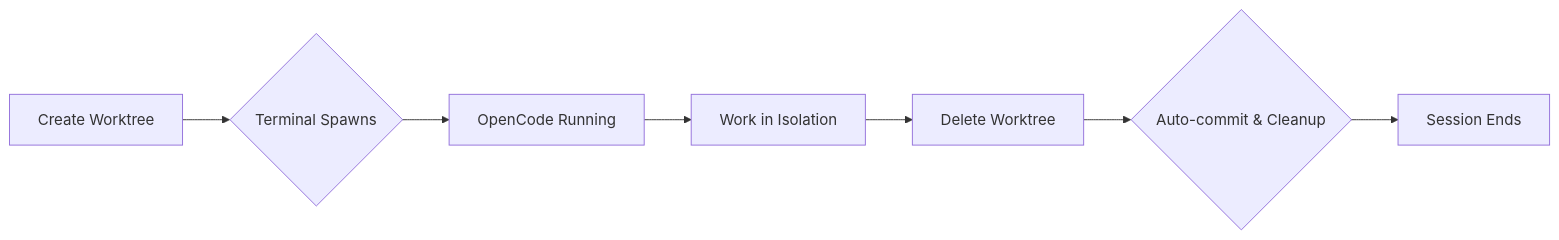
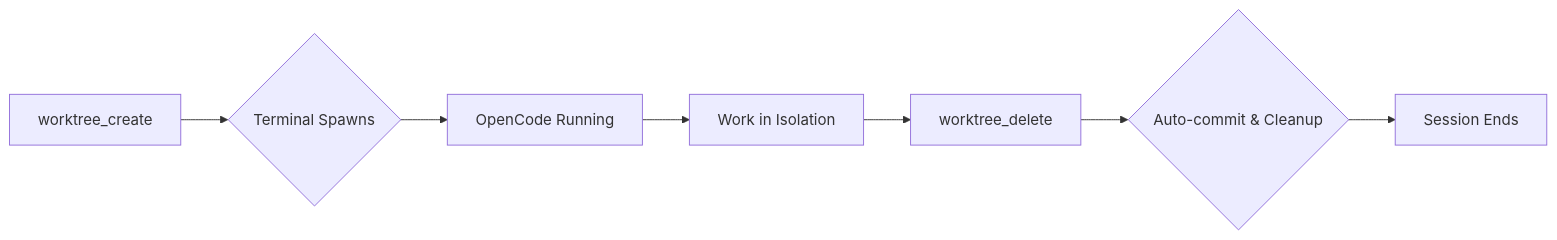
One commit to NeverMore93/opencode-worktree changed the first of 2 diagrams in README.md. Above: the diagram before and after it, drawn with Mermaid. The commit also changed other lines of this file and 9 other files, not shown here.

````diff
--- a/README.md
+++ b/README.md
@@ -29,9 +31,9 @@
 ```mermaid
 flowchart LR
-    A[Create Worktree] --> B{Terminal Spawns}
+    A[worktree_create] --> B{Terminal Spawns}
     B --> C[OpenCode Running]
     C --> D[Work in Isolation]
-    D --> E[Delete Worktree]
+    D --> E[worktree_delete]
     E --> F{Auto-commit & Cleanup}
     F --> G[Session Ends]
 ```
````
